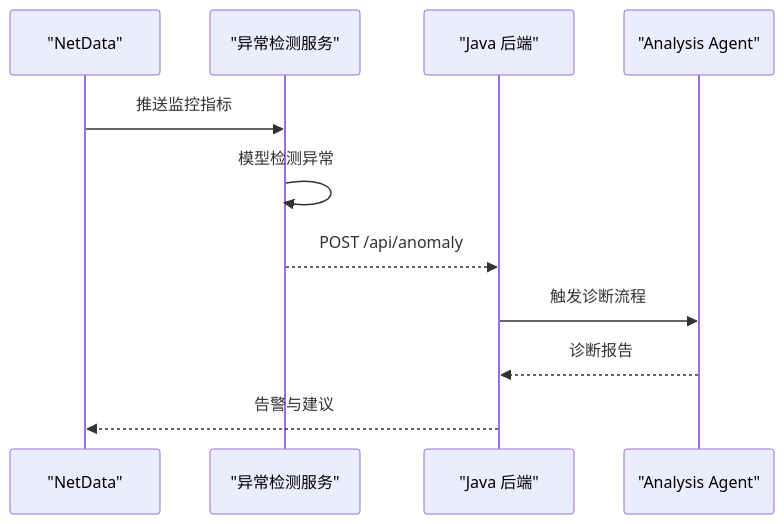
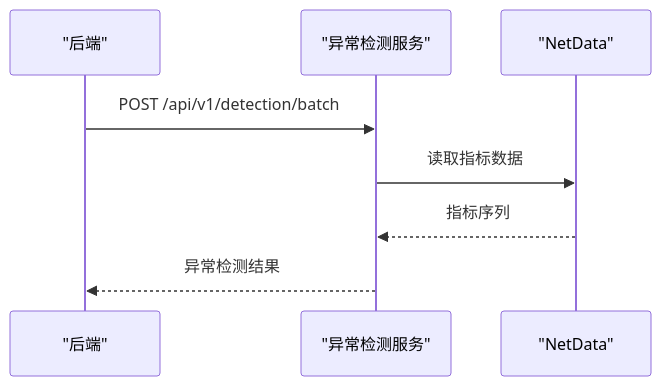
The fifth of 7 diagrams in .qoder/repowiki/zh/content/项目概述/项目概述.md (lyyzzz6/AIops), drawn with Mermaid before and after one commit. The commit also changed other lines of this file and 371 other files, not shown here.

````diff
--- a/.qoder/repowiki/zh/content/项目概述/项目概述.md
+++ b/.qoder/repowiki/zh/content/项目概述/项目概述.md
@@ -235,13 +220,10 @@
 ```mermaid
 sequenceDiagram
+participant BE as "后端"
+participant PY as "异常检测服务"
 participant ND as "NetData"
-participant PY as "异常检测服务"
-participant BE as "Java 后端"
-participant AA as "Analysis Agent"
-ND->>PY : 推送监控指标
-PY->>PY : 模型检测异常
-PY-->>BE : POST /api/anomaly
-BE->>AA : 触发诊断流程
-AA-->>BE : 诊断报告
-BE-->>ND : 告警与建议
+BE->>PY : POST /api/v1/detection/batch
+PY->>ND : 读取指标数据
+ND-->>PY : 指标序列
+PY-->>BE : 异常检测结果
 ```
````
